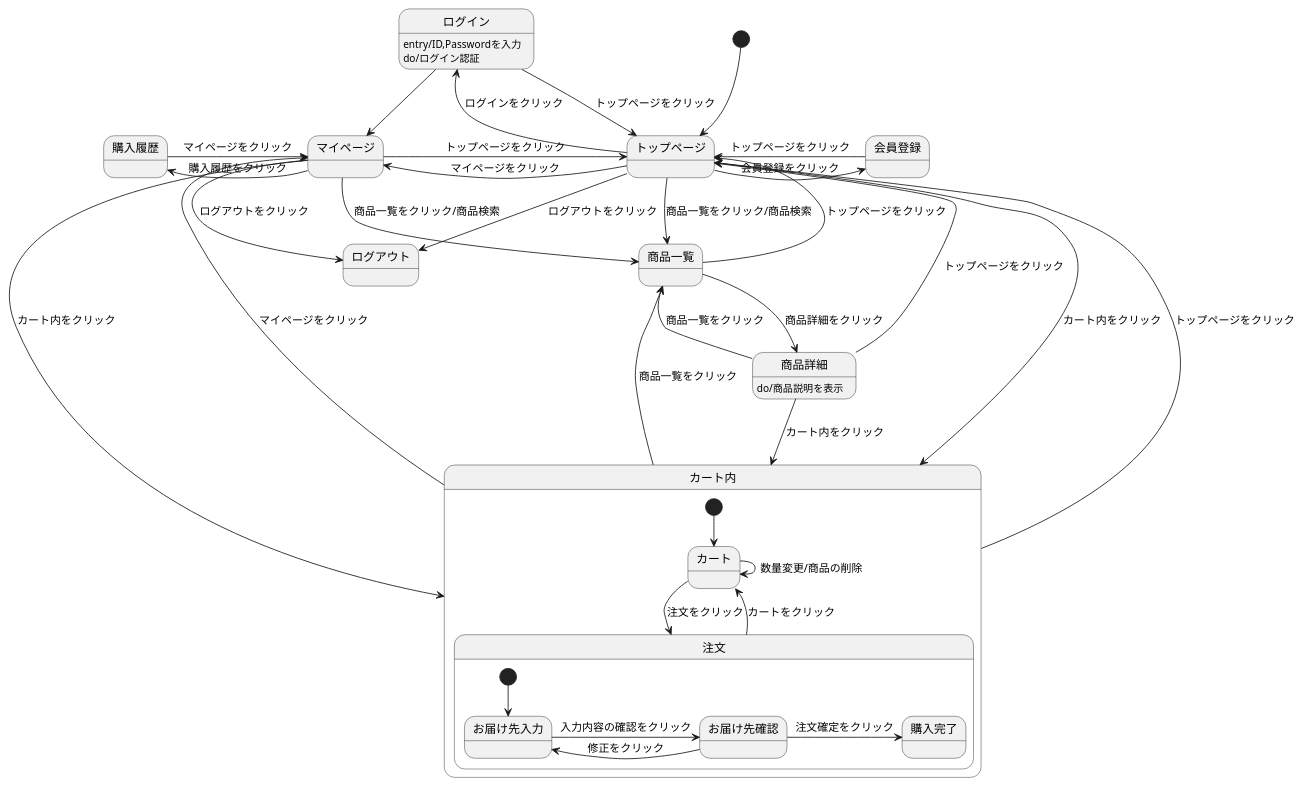
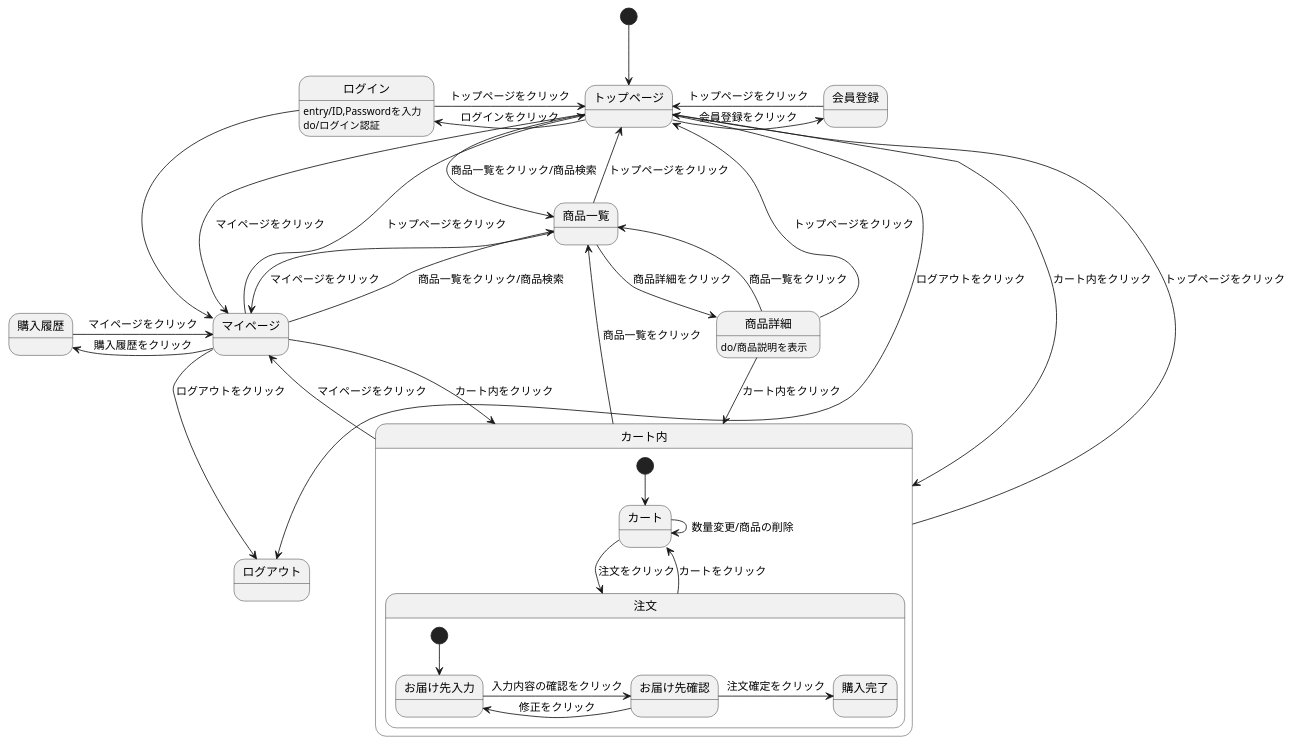
Before and after one commit to Aso2001163/2021sys-design-2: the diagram in Mypage(状態遷移図).md, drawn with PlantUML.

````diff
--- a/Mypage(状態遷移図).md
+++ b/Mypage(状態遷移図).md
@@ -1,44 +1,45 @@
 ```uml
 @startuml
 [*] --> トップページ
 トップページ -> 会員登録 : 会員登録をクリック
 会員登録 -> トップページ : トップページをクリック
 トップページ -left-> マイページ : マイページをクリック
 トップページ -left-> ログイン : ログインをクリック
 ログイン -> トップページ : トップページをクリック
 ログイン -down-> マイページ 
 ログイン:entry/ID,Passwordを入力
 ログイン:do/ログイン認証
 マイページ -> トップページ : トップページをクリック
 マイページ -down-> ログアウト : ログアウトをクリック
 マイページ -left-> 購入履歴 : 購入履歴をクリック
 マイページ -right-> 商品一覧 : 商品一覧をクリック/商品検索
 マイページ -down-> カート内 : カート内をクリック  
 購入履歴 -> マイページ : マイページをクリック
 トップページ --> 商品一覧 : 商品一覧をクリック/商品検索
 トップページ -> カート内 : カート内をクリック
 トップページ -> ログアウト : ログアウトをクリック
 商品一覧 -> トップページ : トップページをクリック
+商品一覧 -down-> マイページ : マイページをクリック
 商品一覧 -> 商品詳細 : 商品詳細をクリック  
 商品詳細:do/商品説明を表示
 商品詳細 -down-> 商品一覧 : 商品一覧をクリック
 商品詳細 -down-> カート内 : カート内をクリック
 商品詳細 -up-> トップページ : トップページをクリック
 カート内 -> 商品一覧 : 商品一覧をクリック
 カート内 -up-> トップページ : トップページをクリック
 カート内 -up-> マイページ : マイページをクリック   
 
 state カート内 {
   [*] --> カート
   カート -down-> 注文 : 注文をクリック
   カート -> カート : 数量変更/商品の削除
   注文 -down-> カート : カートをクリック
   state 注文 {
     [*] --> お届け先入力
     お届け先入力 -> お届け先確認 : 入力内容の確認をクリック
     お届け先確認 -> お届け先入力 : 修正をクリック
     お届け先確認 -> 購入完了 : 注文確定をクリック
     }
  }
 @enduml
 ```
````
